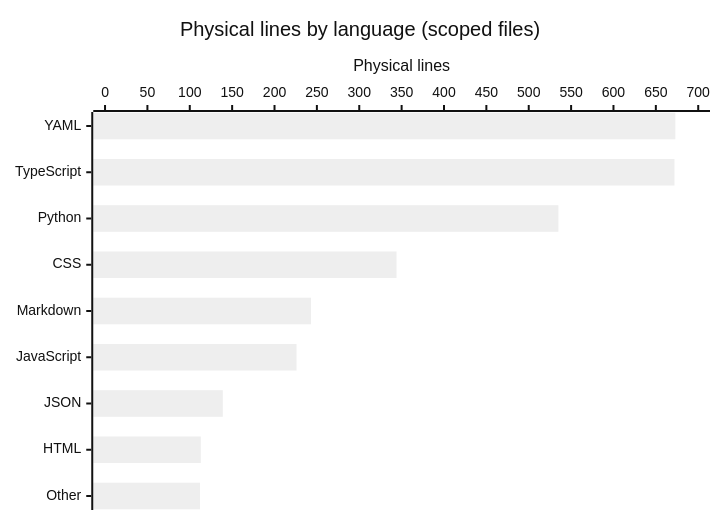
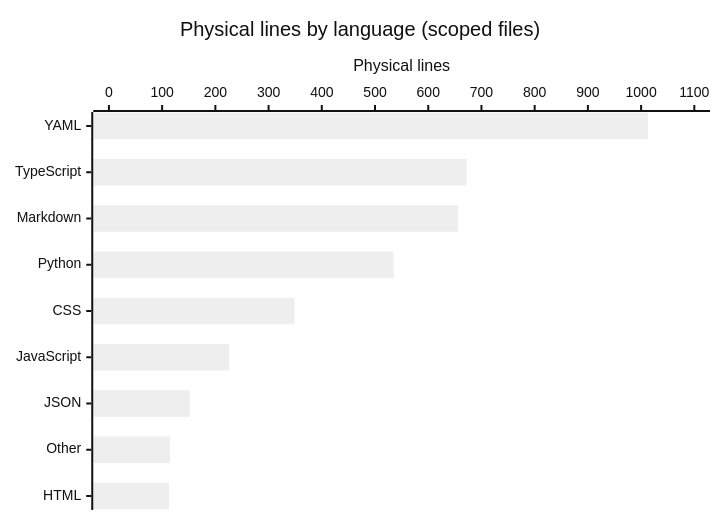
Before and after one commit to FranklinP44/ikigai: the diagram in droid-wiki/by-the-numbers.md, drawn with Mermaid (neutral theme). The commit also changed other lines of this file and 24 other files, not shown here.

````diff
--- a/droid-wiki/by-the-numbers.md
+++ b/droid-wiki/by-the-numbers.md
@@ -28,7 +30,7 @@
 ```mermaid
 xychart-beta horizontal
     title "Physical lines by language (scoped files)"
-    x-axis [YAML, TypeScript, Python, CSS, Markdown, JavaScript, JSON, HTML, Other]
-    y-axis "Physical lines" 0 --> 700
-    bar [673, 672, 535, 344, 243, 226, 139, 113, 112]
+    x-axis [YAML, TypeScript, Markdown, Python, CSS, JavaScript, JSON, Other, HTML]
+    y-axis "Physical lines" 0 --> 1100
+    bar [1013, 672, 656, 535, 349, 226, 152, 115, 113]
 ```
````
